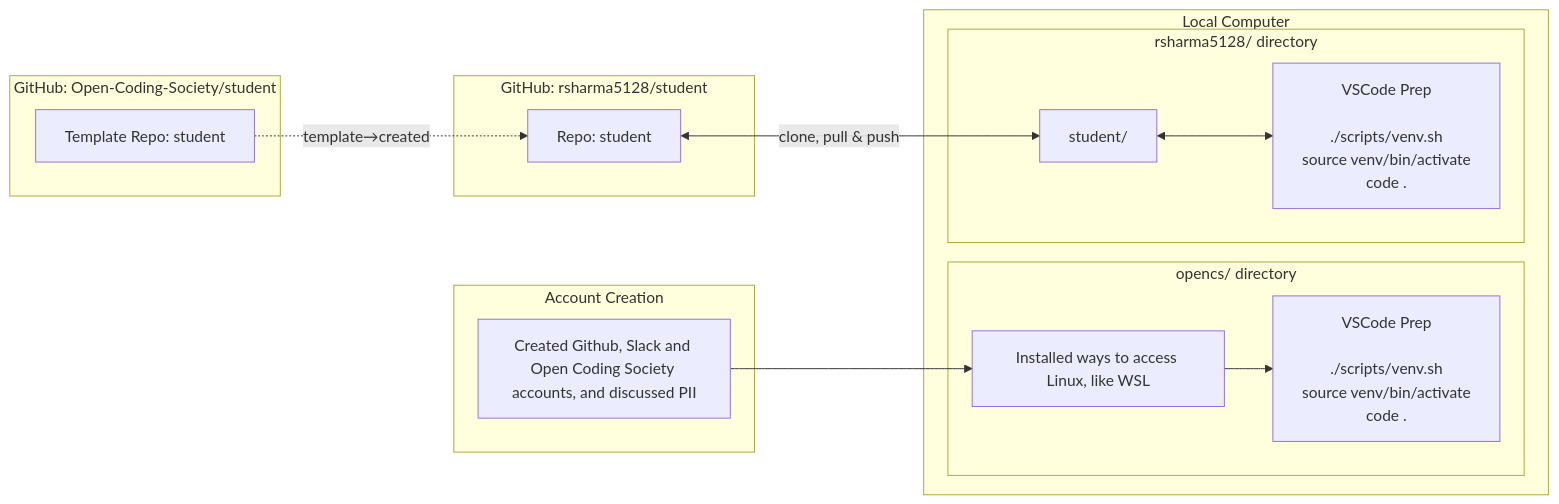
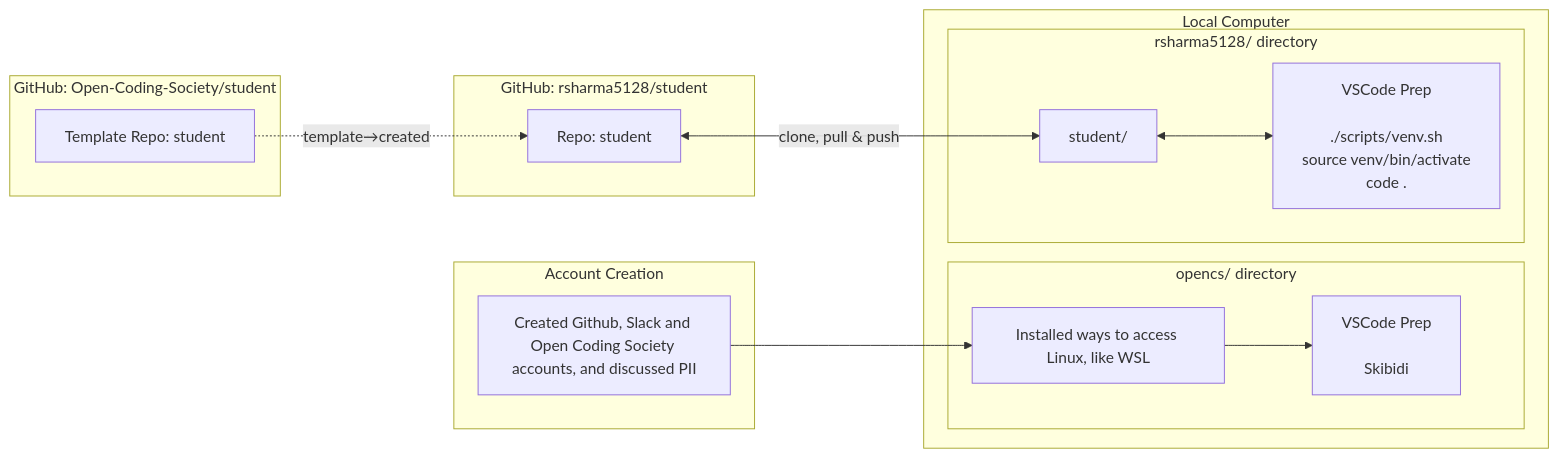
One commit to rsharma5128/student changed the second of 2 diagrams in navigation/journey.md. Above: the diagram before and after it, drawn with Mermaid.

Commit message:
testing syntax

````diff
--- a/navigation/journey.md
+++ b/navigation/journey.md
@@ -59,39 +59,39 @@
 ```mermaid
 flowchart LR
     %% GitHub Sources
     subgraph GitHub_Pages[Account Creation]
         A[Created Github, Slack and Open Coding Society accounts, and discussed PII]:::repo
     end
 
     subgraph GitHub_Template[GitHub: Open-Coding-Society/student]
         T[Template Repo: student]:::repo
     end
 
     subgraph GitHub_Student[GitHub: rsharma5128/student]
         B[Repo: student]:::repo
     end
 
     %% Operating system
     subgraph Local[Local Computer]
         subgraph opencs_dir[opencs/ directory]
             C[Installed ways to access Linux, like WSL]:::local
-            Ccmd[VSCode Prep<br/><br/>./scripts/venv.sh<br/>source venv/bin/activate<br/>code .]:::cmd
+            Ccmd[VSCode Prep<br/><br/>Skibidi]:::cmd
         end
         subgraph user_dir[rsharma5128/ directory]
             D[student/]:::local
             Dcmd[VSCode Prep<br/><br/>./scripts/venv.sh<br/>source venv/bin/activate<br/>code .]:::cmd
         end
     end
 
     %% Arrows: cloning
     A --> C
     B <--> |clone, pull & push| D
 
     %% Arrows: template relationship
     T -.->|template→created| B
 
     %% Arrows: commands
     C --> Ccmd
     D <--> Dcmd
 
 ```
````
